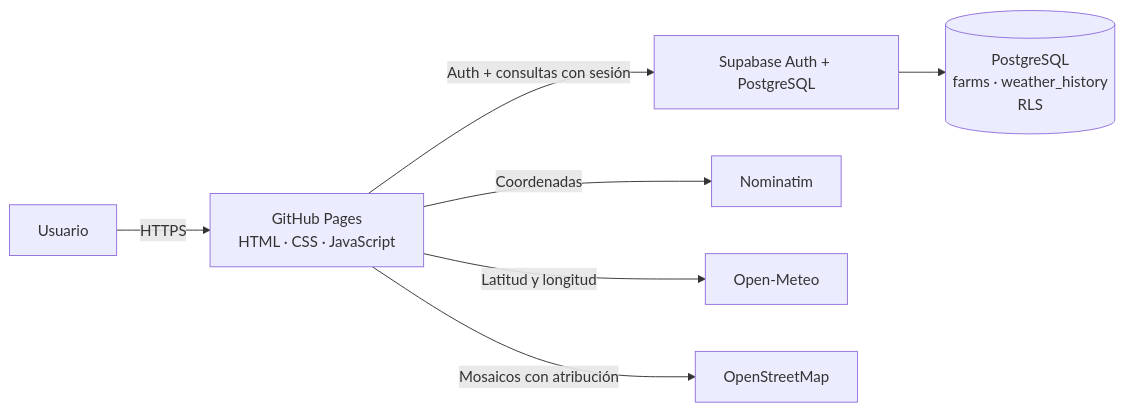
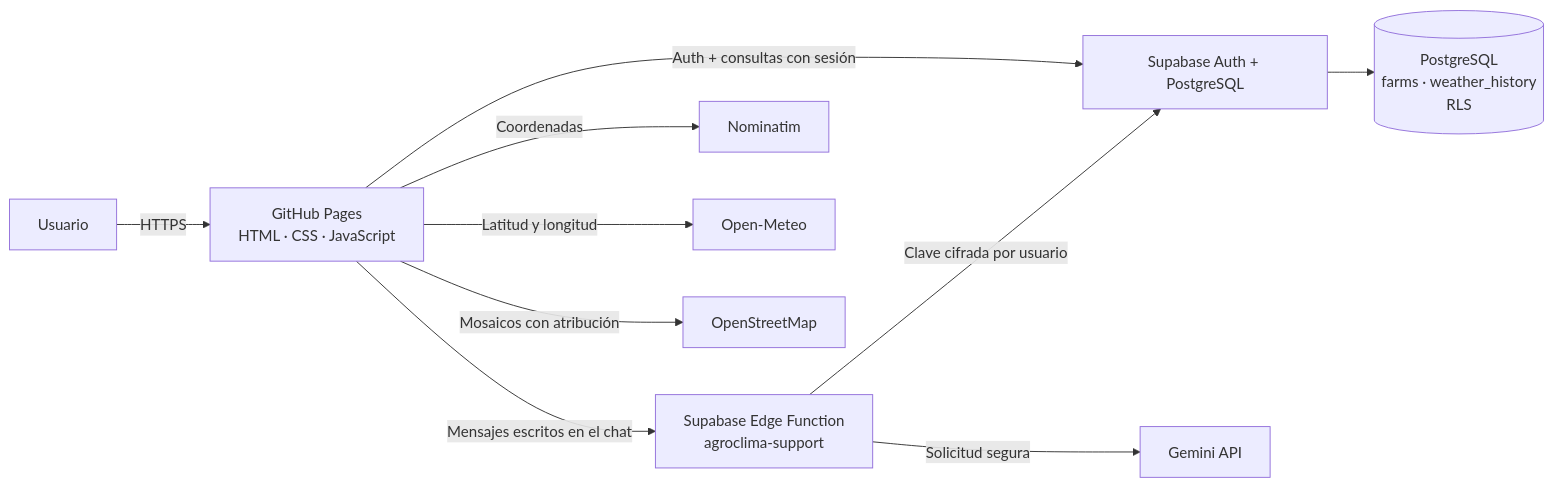
One commit to amadorjara-alt/AgroClima changed the diagram in docs/ARQUITECTURA_Y_DEMO.md. Above: the diagram before and after it, drawn with Mermaid. The commit also changed other lines of this file and 20 other files, not shown here.

````diff
--- a/docs/ARQUITECTURA_Y_DEMO.md
+++ b/docs/ARQUITECTURA_Y_DEMO.md
@@ -3,9 +3,12 @@
 ```mermaid
 flowchart LR
   U[Usuario] -->|HTTPS| GH[GitHub Pages<br>HTML · CSS · JavaScript]
   GH -->|Auth + consultas con sesión| SB[Supabase Auth + PostgreSQL]
+  GH -->|Mensajes escritos en el chat| EF[Supabase Edge Function<br>agroclima-support]
+  EF -->|Clave cifrada por usuario| SB
+  EF -->|Solicitud segura| GM[Gemini API]
   GH -->|Coordenadas| NM[Nominatim]
   GH -->|Latitud y longitud| OM[Open-Meteo]
   GH -->|Mosaicos con atribución| OSM[OpenStreetMap]
   SB --> DB[(PostgreSQL<br>farms · weather_history<br>RLS)]
 ```
````
